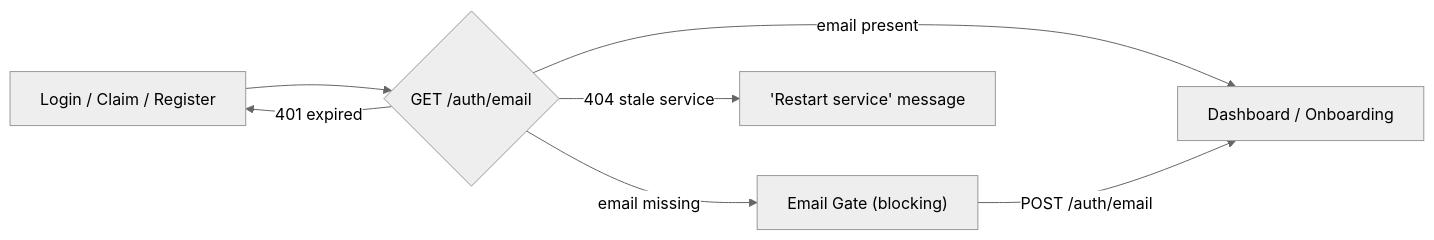
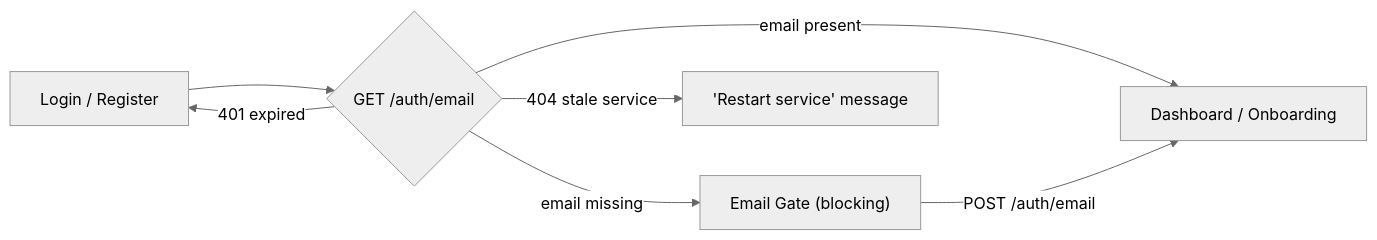
One commit to ahmedtvmer/MAYOS changed the second of 5 diagrams in docs/AUTHENTICATION.md. Above: the diagram before and after it, drawn with Mermaid (neutral theme). The commit also changed other lines of this file and 60 other files, not shown here.

````diff
--- a/docs/AUTHENTICATION.md
+++ b/docs/AUTHENTICATION.md
@@ -152,9 +120,9 @@
 ```mermaid
 flowchart LR
-    Login["Login / Claim / Register"] --> Check{"GET /auth/email"}
+    Login["Login / Register"] --> Check{"GET /auth/email"}
     Check -- "email present" --> Dashboard["Dashboard / Onboarding"]
     Check -- "email missing" --> Gate["Email Gate (blocking)"]
     Gate -- "POST /auth/email" --> Dashboard
     Check -- "401 expired" --> Login
     Check -- "404 stale service" --> Ops["'Restart service' message"]
 ```
````
